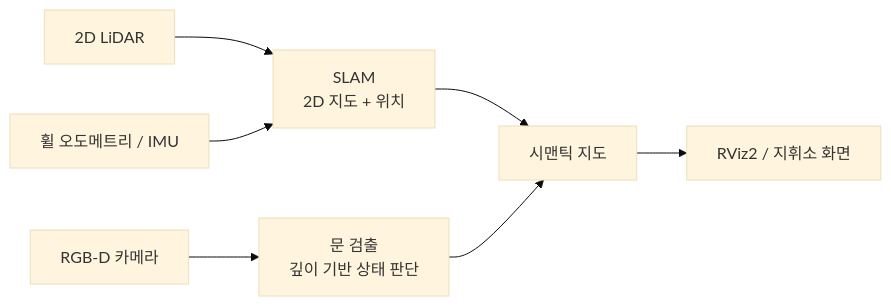
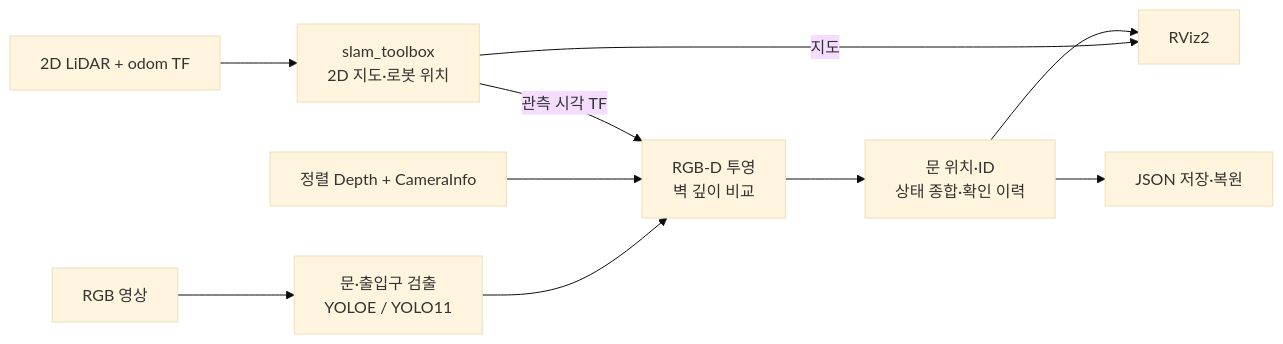
One commit to find-door/find-door changed the diagram in README.md. Above: the diagram before and after it, drawn with Mermaid (base theme). The commit also changed other lines of this file and 1 other file, not shown here.

````diff
--- a/README.md
+++ b/README.md
@@ -61,9 +62,12 @@
 ```mermaid
 flowchart LR
-  L["2D LiDAR"] --> S["SLAM<br>2D 지도 + 위치"]
-  O["휠 오도메트리 / IMU"] --> S
-  C["RGB-D 카메라"] --> D["문 검출<br>깊이 기반 상태 판단"]
-  S --> M["시맨틱 지도"]
-  D --> M
-  M --> R["RViz2 / 지휘소 화면"]
+    L["2D LiDAR + odom TF"] --> S["slam_toolbox<br/>2D 지도·로봇 위치"]
+    C["RGB 영상"] --> D["문·출입구 검출<br/>YOLOE / YOLO11"]
+    D --> P["RGB-D 투영<br/>벽 깊이 비교"]
+    R["정렬 Depth + CameraInfo"] --> P
+    S -->|관측 시각 TF| P
+    P --> M["문 위치·ID<br/>상태 종합·확인 이력"]
+    S -->|지도| V["RViz2"]
+    M --> V
+    M --> J["JSON 저장·복원"]
 ```
````
